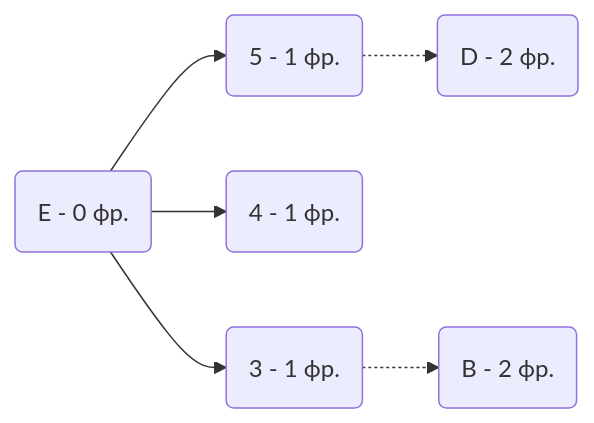
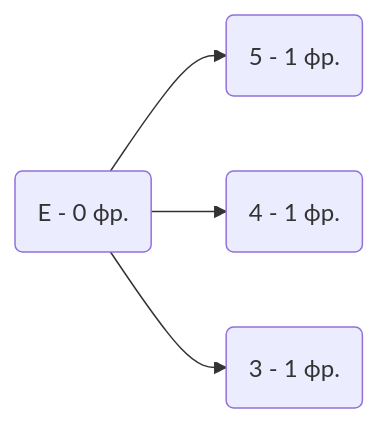
Before and after one commit to HSE-algo-23-owl/manual_tasks: the fifth of 6 diagrams in task_13/blur_13.md, drawn with Mermaid. The commit also changed other lines of this file, not shown here.

Commit message:
исправили 13 задание: удалили второй фронт в конце задания, так как совершенное паросочетание было найдено на первом, исправили объяснение

````diff
--- a/task_13/blur_13.md
+++ b/task_13/blur_13.md
@@ -142,6 +142,6 @@
 ```mermaid
 graph LR
-    E(E - 0 фр.)  --> 5(5 - 1 фр.) -.-> D(D - 2 фр.) 
+    E(E - 0 фр.)  --> 5(5 - 1 фр.) 
     E(E - 0 фр.) --> 4(4 - 1 фр.)
-    E(E - 0 фр.) --> 3(3 - 1 фр.) -.-> B(B - 2 фр.)
+    E(E - 0 фр.) --> 3(3 - 1 фр.)
 ```
````
